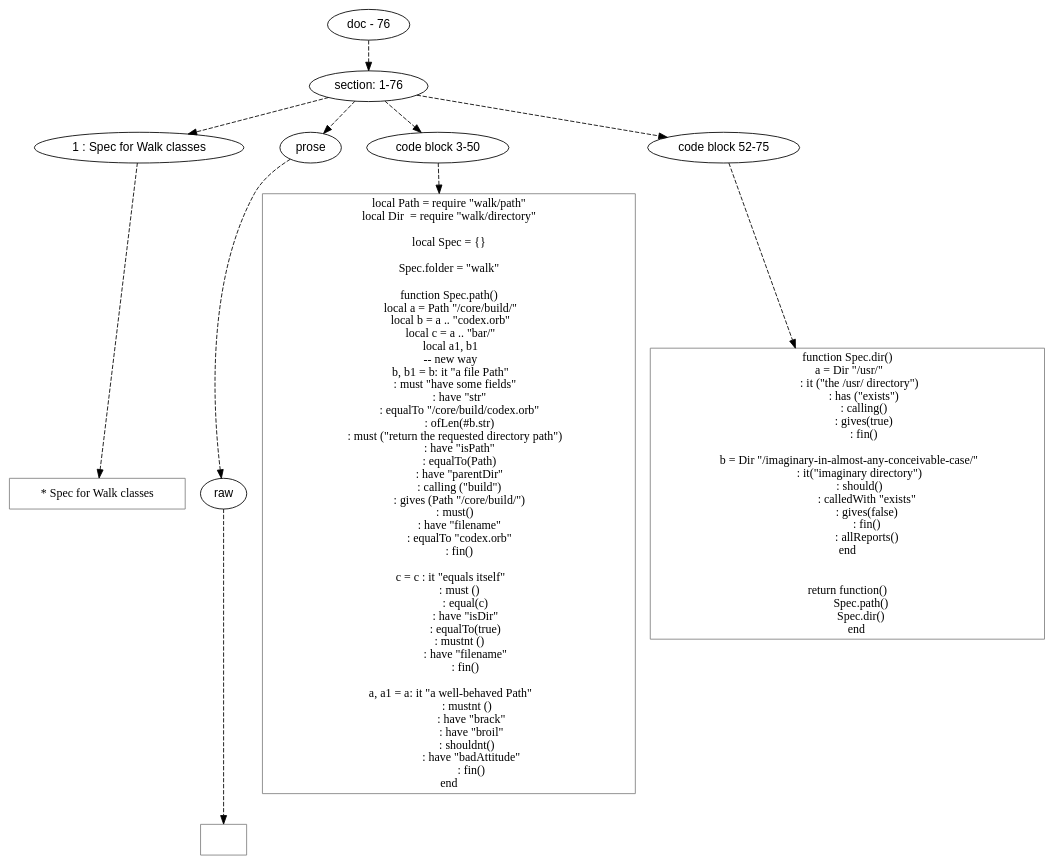
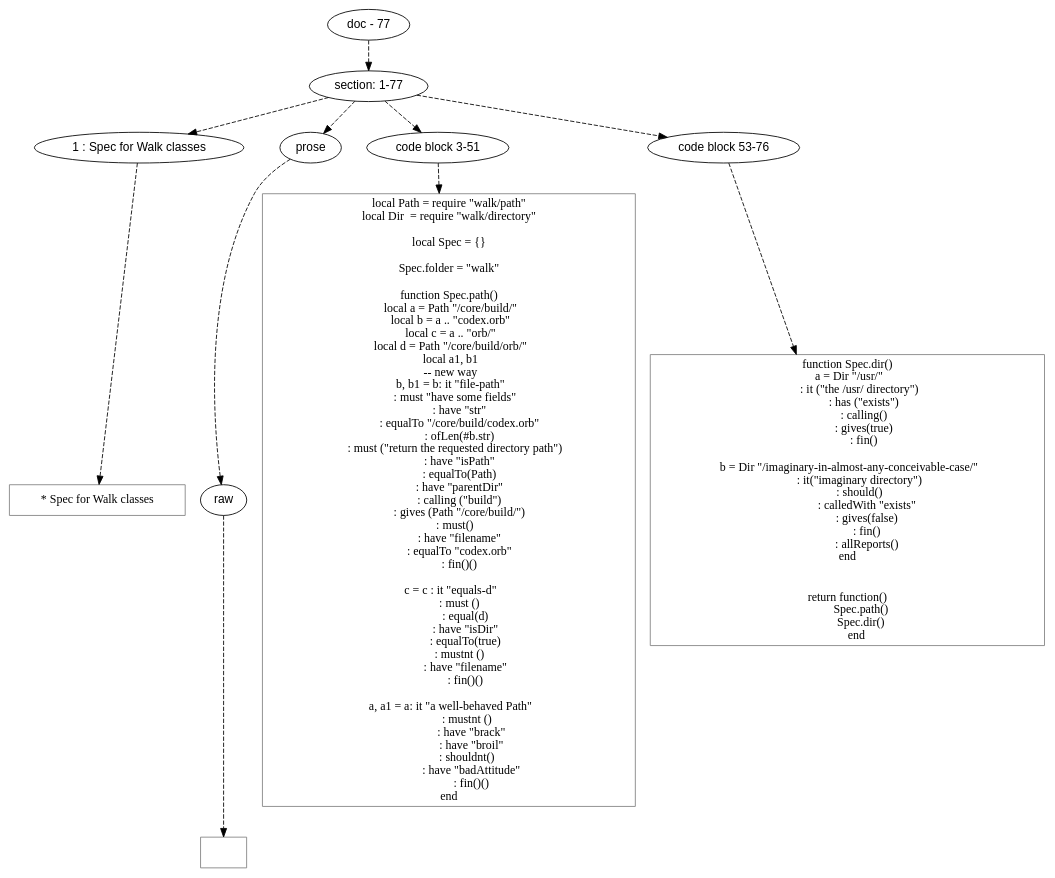
Before and after one commit to mnemnion/orb: the diagram in doc/dot/spec/walk-spec.dot, drawn with Graphviz. The commit also changed 9 other files, not shown here.

```diff
--- a/doc/dot/spec/walk-spec.dot
+++ b/doc/dot/spec/walk-spec.dot
@@ -1,123 +1,124 @@
 digraph lpegNode {
 
 node [fontname=Helvetica]
 edge [style=dashed]
 
-doc_0 [label="doc - 76"]
+doc_0 [label="doc - 77"]
 
 
 doc_0 -> { section_1}
 {rank=same; section_1}
 
-section_1 [label="section: 1-76"]
+section_1 [label="section: 1-77"]
 
 
 // END RANK doc_0
 
 section_1 -> { header_2 prose_3 codeblock_4 codeblock_5}
 {rank=same; header_2 prose_3 codeblock_4 codeblock_5}
 
 header_2 [label="1 : Spec for Walk classes"]
 
 prose_3 [label="prose"]
 
-codeblock_4 [label="code block 3-50"]
+codeblock_4 [label="code block 3-51"]
 
-codeblock_5 [label="code block 52-75"]
+codeblock_5 [label="code block 53-76"]
 
 
 // END RANK section_1
 
 header_2 -> leaf_6
 leaf_6  [color=Gray,shape=rectangle,fontname=Inconsolata,label="* Spec for Walk classes"]
 // END RANK header_2
 
 prose_3 -> { raw_7}
 {rank=same; raw_7}
 
 raw_7 [label="raw"]
 
 
 // END RANK prose_3
 
 raw_7 -> leaf_8
 leaf_8  [color=Gray,shape=rectangle,fontname=Inconsolata,label="
 "]
 // END RANK raw_7
 
 codeblock_4 -> leaf_9
 leaf_9  [color=Gray,shape=rectangle,fontname=Inconsolata,label="local Path = require \"walk/path\"
 local Dir  = require \"walk/directory\"
 
 local Spec = {}
 
 Spec.folder = \"walk\"
 
 function Spec.path()
   local a = Path \"/core/build/\"
   local b = a .. \"codex.orb\"
-  local c = a .. \"bar/\"
+  local c = a .. \"orb/\"
+  local d = Path \"/core/build/orb/\"
   local a1, b1
   -- new way
-  b, b1 = b: it \"a file Path\"
+  b, b1 = b: it \"file-path\"
      : must \"have some fields\"
         : have \"str\"
         : equalTo \"/core/build/codex.orb\"
         : ofLen(#b.str)
      : must (\"return the requested directory path\")
         : have \"isPath\"
         : equalTo(Path)
         : have \"parentDir\"
         : calling (\"build\")
         : gives (Path \"/core/build/\")
      : must()
         : have \"filename\"
         : equalTo \"codex.orb\"
-        : fin()
+        : fin()()
 
-  c = c : it \"equals itself\"
+  c = c : it \"equals-d\"
         : must ()
-            : equal(c)
+            : equal(d)
             : have \"isDir\"
             : equalTo(true)
         : mustnt ()
             : have \"filename\"
-            : fin()
+            : fin()()
 
   a, a1 = a: it \"a well-behaved Path\"
              : mustnt ()
                 : have \"brack\"
                 : have \"broil\"
              : shouldnt()
                 : have \"badAttitude\"
-                : fin()
+                : fin()()
 end"]
 // END RANK codeblock_4
 
 codeblock_5 -> leaf_10
 leaf_10  [color=Gray,shape=rectangle,fontname=Inconsolata,label="function Spec.dir()
   a = Dir \"/usr/\"
          : it (\"the /usr/ directory\")
             : has (\"exists\")
             : calling()
             : gives(true)
             : fin()
 
   b = Dir \"/imaginary-in-almost-any-conceivable-case/\"
          : it(\"imaginary directory\")
          : should()
               : calledWith \"exists\"
               : gives(false)
               : fin()
               : allReports()
 end
 
 
 return function()
           Spec.path()
           Spec.dir()
        end"]
 // END RANK codeblock_5
 
 
 }
```
